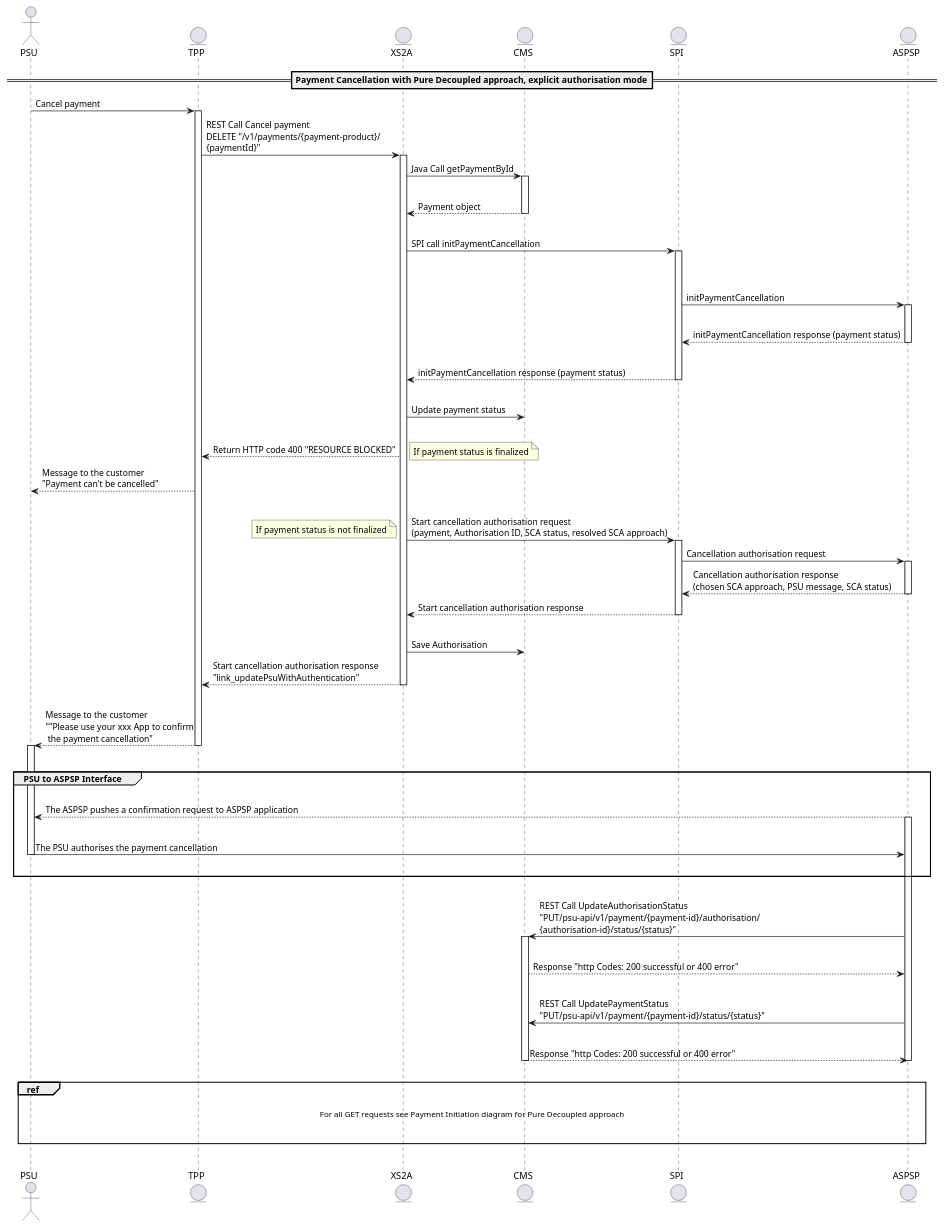
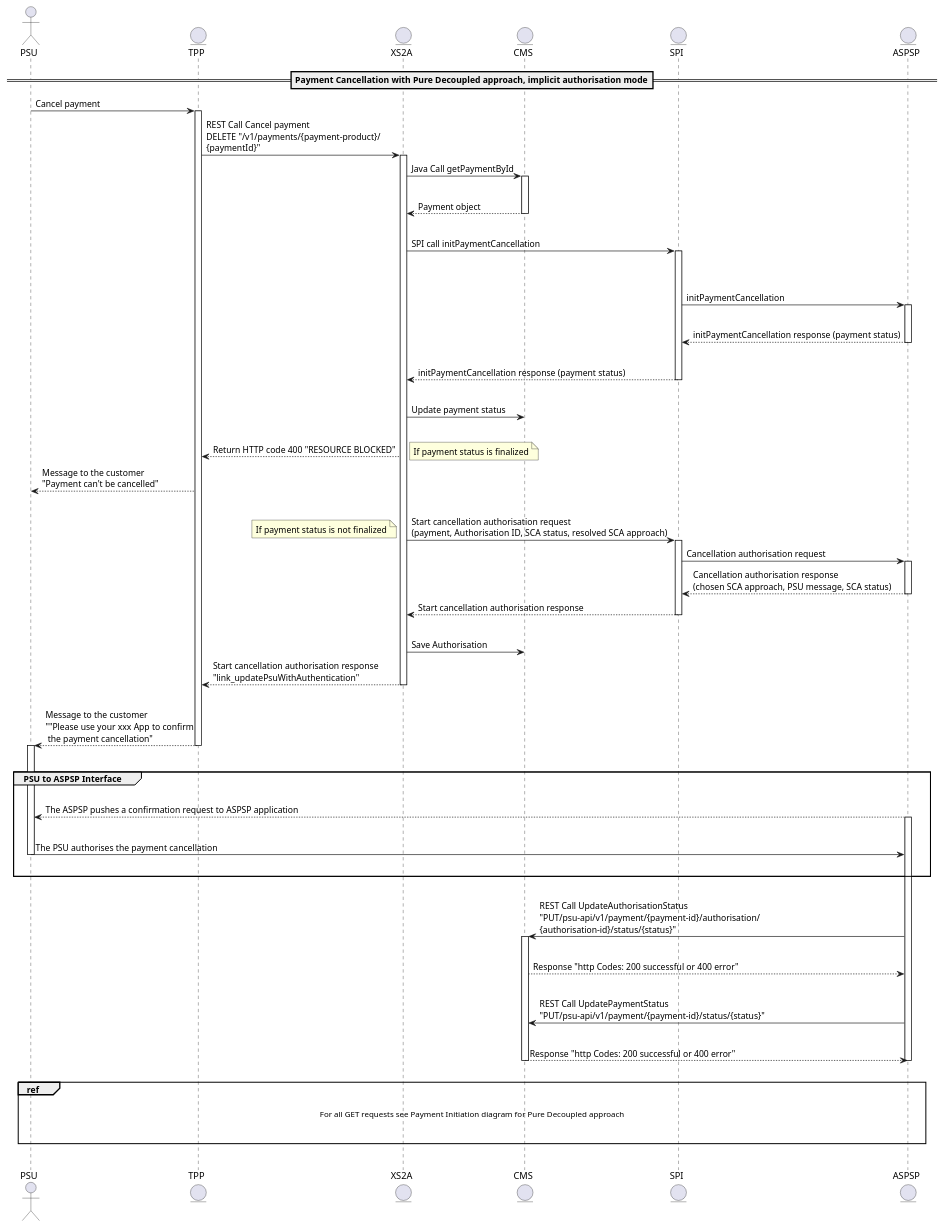
The diagram in doc/usecases/diagrams/paymentCancellationPureDecoupledImplicit.puml (adorsys/xs2a), drawn with PlantUML before and after one commit. The commit also changed 12 other files, not shown here.

Commit message:
#1676 Update info and UML flows for PIS and payment cancellation, changes to roadmap & readme file

```diff
--- a/doc/usecases/diagrams/paymentCancellationPureDecoupledImplicit.puml
+++ b/doc/usecases/diagrams/paymentCancellationPureDecoupledImplicit.puml
@@ -1,94 +1,94 @@
 @startuml
 actor PSU
 entity TPP
 entity XS2A
 entity CMS
 entity SPI
 entity ASPSP
-== Payment Cancellation with Pure Decoupled approach, explicit authorisation mode==
+== Payment Cancellation with Pure Decoupled approach, implicit authorisation mode==
 
 PSU->TPP: Cancel payment
 
 activate TPP
 TPP -> XS2A: REST Call Cancel payment\nDELETE "/v1/payments/{payment-product}/\n{paymentId}"
 activate XS2A
 XS2A->CMS: Java Call getPaymentById
 activate CMS
 |||
 CMS-->XS2A: Payment object
 |||
 deactivate CMS
 XS2A->SPI: SPI call initPaymentCancellation
 |||
 activate SPI
 |||
 SPI->ASPSP: initPaymentCancellation
 activate ASPSP
 |||
 ASPSP-->SPI: initPaymentCancellation response (payment status)
 |||
 deactivate ASPSP
 
 SPI-->XS2A: initPaymentCancellation response (payment status)
 deactivate SPI
 |||
 XS2A->CMS: Update payment status
 |||
 XS2A-->TPP: Return HTTP code 400 "RESOURCE BLOCKED"
 note right
          If payment status is finalized
 end note
 TPP-->PSU: Message to the customer\n"Payment can't be cancelled"
 
 |||
 XS2A->SPI: Start cancellation authorisation request \n(payment, Authorisation ID, SCA status, resolved SCA approach)
 note left
          If payment status is not finalized
 end note
 activate SPI
 SPI->ASPSP: Cancellation authorisation request
 activate ASPSP
 ASPSP-->SPI: Cancellation authorisation response \n(chosen SCA approach, PSU message, SCA status)
 deactivate ASPSP
 SPI-->XS2A: Start cancellation authorisation response
 deactivate SPI
 |||
 XS2A->CMS: Save Authorisation
 XS2A-->TPP:Start cancellation authorisation response\n"link_updatePsuWithAuthentication"
 deactivate XS2A
 |||
 TPP-->PSU: Message to the customer\n""Please use your xxx App to confirm\n the payment cancellation"
 deactivate TPP
 activate PSU
 |||
 
 group PSU to ASPSP Interface
 |||
 ASPSP-->PSU: The ASPSP pushes a confirmation request to ASPSP application
 activate ASPSP
 |||
 PSU->ASPSP: The PSU authorises the payment cancellation
 deactivate PSU
 |||
 end group
 activate ASPSP
 |||
 ASPSP->CMS: REST Call UpdateAuthorisationStatus\n"PUT/psu-api/v1/payment/{payment-id}/authorisation/\n{authorisation-id}/status/{status}"
 activate CMS
 |||
 CMS-->ASPSP: Response "http Codes: 200 successful or 400 error"
 |||
 ASPSP->CMS: REST Call UpdatePaymentStatus\n"PUT/psu-api/v1/payment/{payment-id}/status/{status}"
 |||
 CMS-->ASPSP: Response "http Codes: 200 successful or 400 error"
 deactivate CMS
 deactivate ASPSP
 |||
 ref over PSU, ASPSP
 
 For all GET requests see Payment Initiation diagram for Pure Decoupled approach
 
 
 end ref
 |||
 @enduml
```
